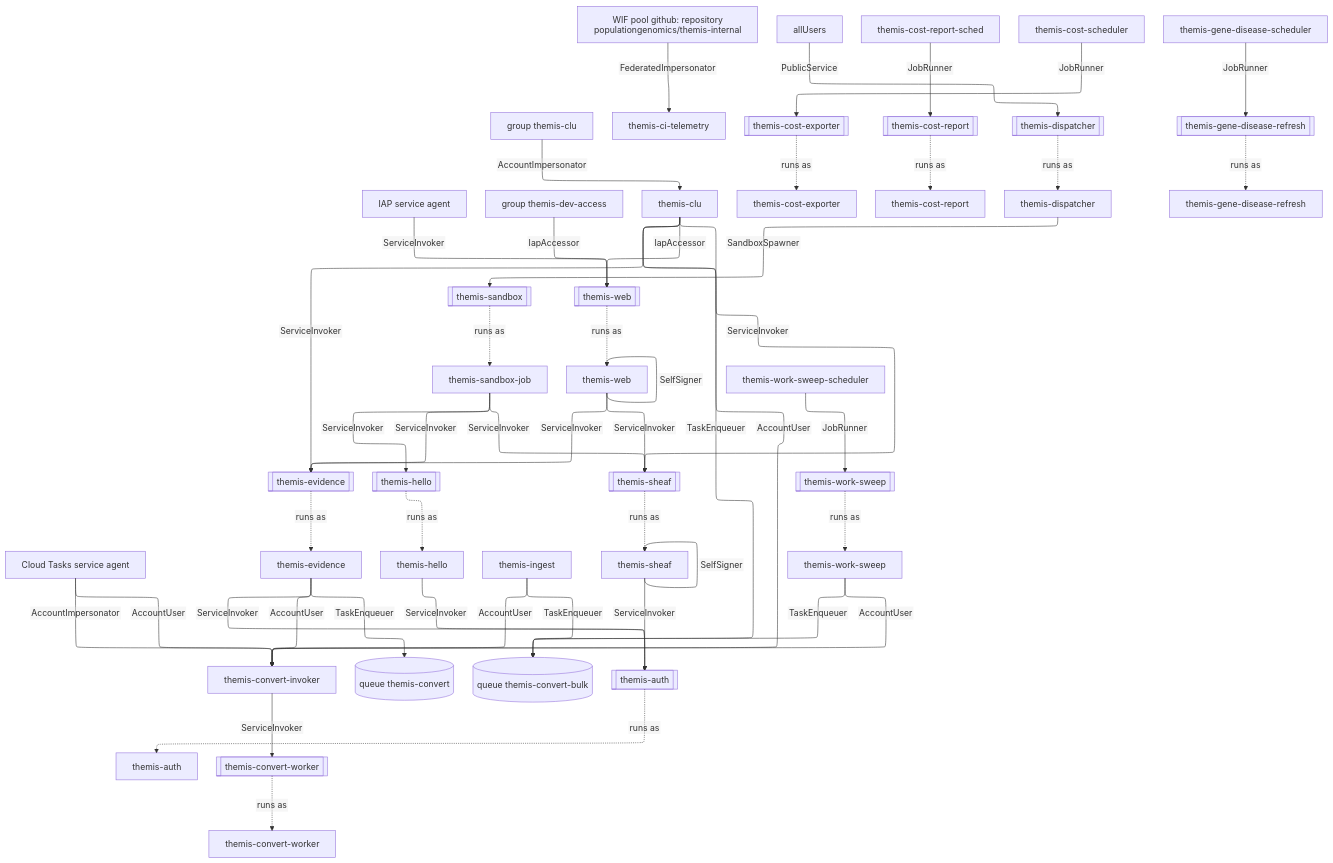
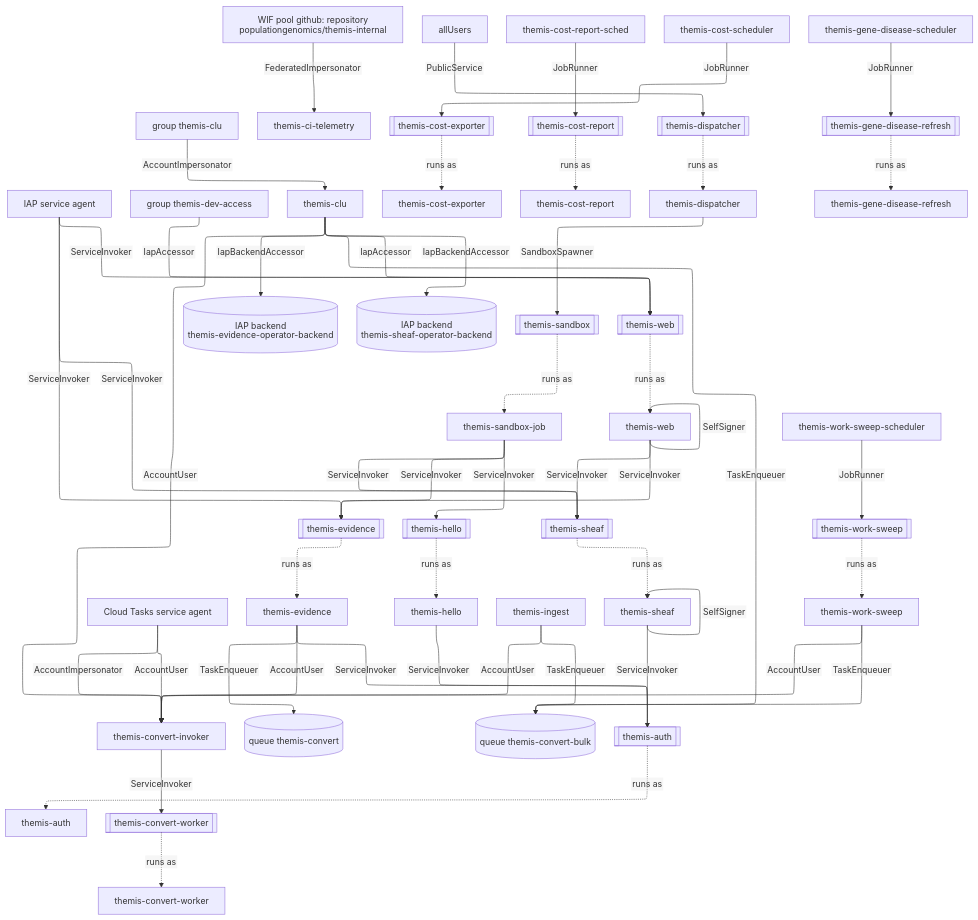
One commit to populationgenomics/themis changed the diagram in docs/design/grants/calls.mmd. Above: the diagram before and after it, drawn with Mermaid. The commit also changed 38 other files, not shown here.

First line of the commit message:
infra: operators reach evidence and sheaf through the load balancer's IAP (#863)

```diff
--- a/docs/design/grants/calls.mmd
+++ b/docs/design/grants/calls.mmd
@@ -1,88 +1,92 @@
 %%{init: {"layout": "elk", "elk": {"mergeEdges": true, "nodePlacementStrategy": "NETWORK_SIMPLEX"}, "htmlLabels": false, "flowchart": {"htmlLabels": false, "wrappingWidth": 320}}}%%
 flowchart TB
     n0["Cloud Tasks service agent"]
     n1["IAP service agent"]
     n2["WIF pool github: repository populationgenomics/themis-internal"]
     n3["allUsers"]
     n4["group themis-clu"]
     n5["group themis-dev-access"]
     n6["themis-auth"]
     n7["themis-ci-telemetry"]
     n8["themis-clu"]
     n9["themis-convert-invoker"]
     n10["themis-convert-worker"]
     n11["themis-cost-exporter"]
     n12["themis-cost-report"]
     n13["themis-cost-report-sched"]
     n14["themis-cost-scheduler"]
     n15["themis-dispatcher"]
     n16["themis-evidence"]
     n17["themis-gene-disease-refresh"]
     n18["themis-gene-disease-scheduler"]
     n19["themis-hello"]
     n20["themis-ingest"]
     n21["themis-sandbox-job"]
     n22["themis-sheaf"]
     n23["themis-web"]
     n24["themis-work-sweep"]
     n25["themis-work-sweep-scheduler"]
-    n26[("queue themis-convert")]
-    n27[("queue themis-convert-bulk")]
-    n28[["themis-auth"]]
-    n29[["themis-convert-worker"]]
-    n30[["themis-cost-exporter"]]
-    n31[["themis-cost-report"]]
-    n32[["themis-dispatcher"]]
-    n33[["themis-evidence"]]
-    n34[["themis-gene-disease-refresh"]]
-    n35[["themis-hello"]]
-    n36[["themis-sandbox"]]
-    n37[["themis-sheaf"]]
-    n38[["themis-web"]]
-    n39[["themis-work-sweep"]]
+    n26[("IAP backend themis-evidence-operator-backend")]
+    n27[("IAP backend themis-sheaf-operator-backend")]
+    n28[("queue themis-convert")]
+    n29[("queue themis-convert-bulk")]
+    n30[["themis-auth"]]
+    n31[["themis-convert-worker"]]
+    n32[["themis-cost-exporter"]]
+    n33[["themis-cost-report"]]
+    n34[["themis-dispatcher"]]
+    n35[["themis-evidence"]]
+    n36[["themis-gene-disease-refresh"]]
+    n37[["themis-hello"]]
+    n38[["themis-sandbox"]]
+    n39[["themis-sheaf"]]
+    n40[["themis-web"]]
+    n41[["themis-work-sweep"]]
     n0 -->|AccountImpersonator| n9
     n0 -->|AccountUser| n9
-    n1 -->|ServiceInvoker| n38
+    n1 -->|ServiceInvoker| n35
+    n1 -->|ServiceInvoker| n39
+    n1 -->|ServiceInvoker| n40
     n2 -->|FederatedImpersonator| n7
-    n3 -->|PublicService| n32
+    n3 -->|PublicService| n34
     n4 -->|AccountImpersonator| n8
-    n5 -->|IapAccessor| n38
+    n5 -->|IapAccessor| n40
     n8 -->|AccountUser| n9
-    n8 -->|IapAccessor| n38
-    n8 -->|ServiceInvoker| n33
-    n8 -->|ServiceInvoker| n37
-    n8 -->|TaskEnqueuer| n27
-    n9 -->|ServiceInvoker| n29
-    n13 -->|JobRunner| n31
-    n14 -->|JobRunner| n30
-    n15 -->|SandboxSpawner| n36
+    n8 -->|IapAccessor| n40
+    n8 -->|IapBackendAccessor| n26
+    n8 -->|IapBackendAccessor| n27
+    n8 -->|TaskEnqueuer| n29
+    n9 -->|ServiceInvoker| n31
+    n13 -->|JobRunner| n33
+    n14 -->|JobRunner| n32
+    n15 -->|SandboxSpawner| n38
     n16 -->|AccountUser| n9
-    n16 -->|ServiceInvoker| n28
-    n16 -->|TaskEnqueuer| n26
-    n18 -->|JobRunner| n34
-    n19 -->|ServiceInvoker| n28
+    n16 -->|ServiceInvoker| n30
+    n16 -->|TaskEnqueuer| n28
+    n18 -->|JobRunner| n36
+    n19 -->|ServiceInvoker| n30
     n20 -->|AccountUser| n9
-    n20 -->|TaskEnqueuer| n27
-    n21 -->|ServiceInvoker| n33
+    n20 -->|TaskEnqueuer| n29
     n21 -->|ServiceInvoker| n35
     n21 -->|ServiceInvoker| n37
+    n21 -->|ServiceInvoker| n39
     n22 -->|SelfSigner| n22
-    n22 -->|ServiceInvoker| n28
+    n22 -->|ServiceInvoker| n30
     n23 -->|SelfSigner| n23
-    n23 -->|ServiceInvoker| n33
-    n23 -->|ServiceInvoker| n37
+    n23 -->|ServiceInvoker| n35
+    n23 -->|ServiceInvoker| n39
     n24 -->|AccountUser| n9
-    n24 -->|TaskEnqueuer| n27
-    n25 -->|JobRunner| n39
-    n28 -. runs as .-> n6
-    n29 -. runs as .-> n10
-    n30 -. runs as .-> n11
-    n31 -. runs as .-> n12
-    n32 -. runs as .-> n15
-    n33 -. runs as .-> n16
-    n34 -. runs as .-> n17
-    n35 -. runs as .-> n19
-    n36 -. runs as .-> n21
-    n37 -. runs as .-> n22
-    n38 -. runs as .-> n23
-    n39 -. runs as .-> n24
+    n24 -->|TaskEnqueuer| n29
+    n25 -->|JobRunner| n41
+    n30 -. runs as .-> n6
+    n31 -. runs as .-> n10
+    n32 -. runs as .-> n11
+    n33 -. runs as .-> n12
+    n34 -. runs as .-> n15
+    n35 -. runs as .-> n16
+    n36 -. runs as .-> n17
+    n37 -. runs as .-> n19
+    n38 -. runs as .-> n21
+    n39 -. runs as .-> n22
+    n40 -. runs as .-> n23
+    n41 -. runs as .-> n24
```
